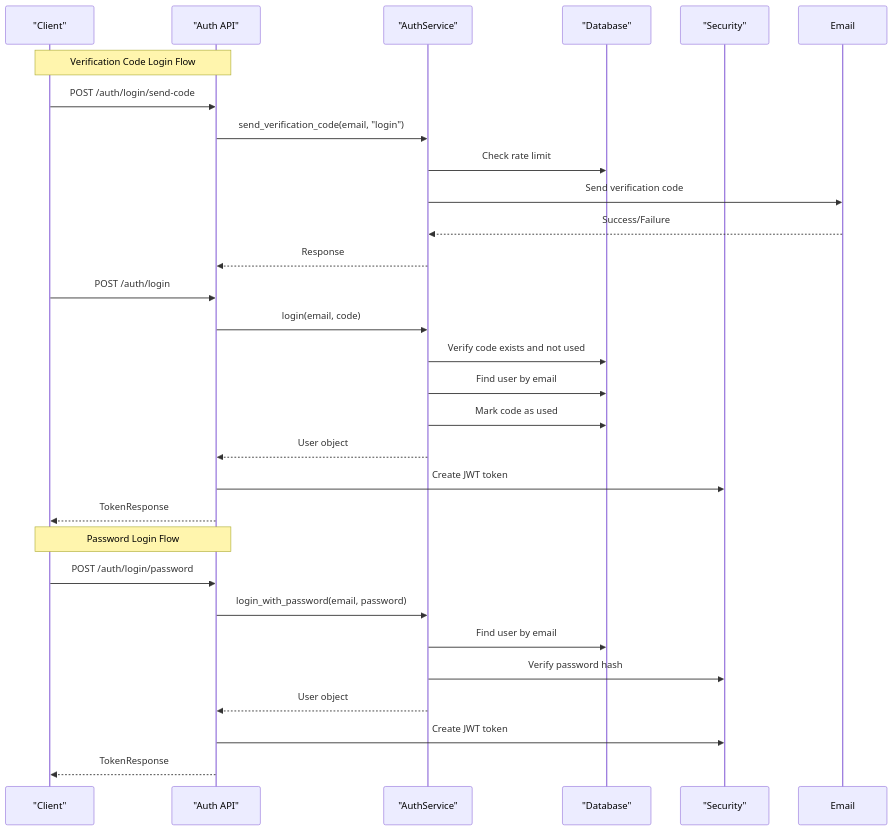
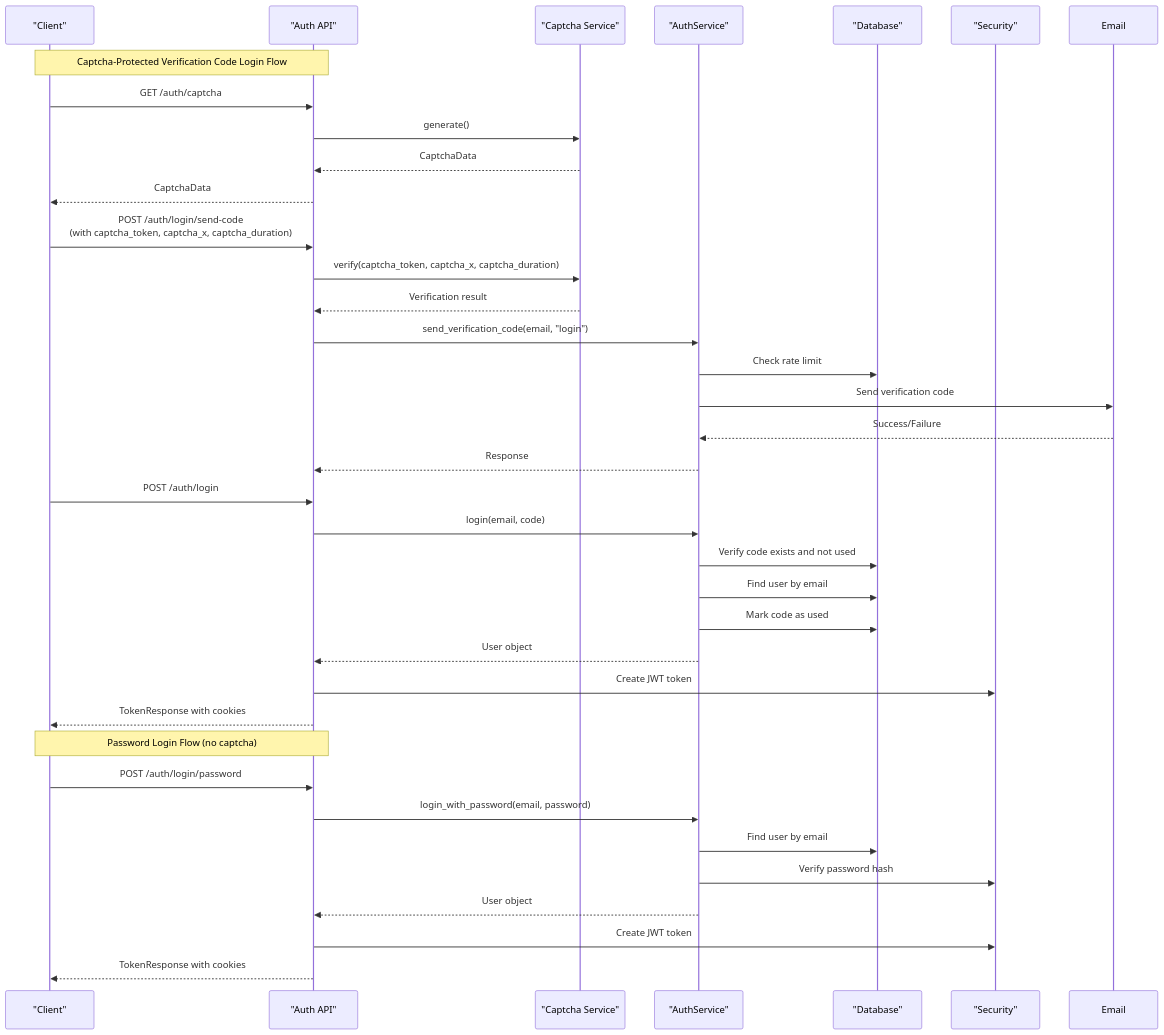
One commit to rainRise/aidiary changed the fourth of 7 diagrams in .qoder/repowiki/en/content/Backend System/Service Layer Implementation/Authentication Service.md. Above: the diagram before and after it, drawn with Mermaid. The commit also changed other lines of this file and 16 other files, not shown here.

````diff
--- a/.qoder/repowiki/en/content/Backend System/Service Layer Implementation/Authentication Service.md
+++ b/.qoder/repowiki/en/content/Backend System/Service Layer Implementation/Authentication Service.md
@@ -208,31 +240,38 @@
 ```mermaid
 sequenceDiagram
 participant Client as "Client"
 participant API as "Auth API"
+participant Captcha as "Captcha Service"
 participant Service as "AuthService"
 participant DB as "Database"
 participant Security as "Security"
-Note over Client,API : Verification Code Login Flow
-Client->>API : POST /auth/login/send-code
+Note over Client,API : Captcha-Protected Verification Code Login Flow
+Client->>API : GET /auth/captcha
+API->>Captcha : generate()
+Captcha-->>API : CaptchaData
+API-->>Client : CaptchaData
+Client->>API : POST /auth/login/send-code<br/>(with captcha_token, captcha_x, captcha_duration)
+API->>Captcha : verify(captcha_token, captcha_x, captcha_duration)
+Captcha-->>API : Verification result
 API->>Service : send_verification_code(email, "login")
 Service->>DB : Check rate limit
 Service->>Email : Send verification code
 Email-->>Service : Success/Failure
 Service-->>API : Response
 Client->>API : POST /auth/login
 API->>Service : login(email, code)
 Service->>DB : Verify code exists and not used
 Service->>DB : Find user by email
 Service->>DB : Mark code as used
 Service-->>API : User object
 API->>Security : Create JWT token
-API-->>Client : TokenResponse
-Note over Client,API : Password Login Flow
+API-->>Client : TokenResponse with cookies
+Note over Client,API : Password Login Flow (no captcha)
 Client->>API : POST /auth/login/password
 API->>Service : login_with_password(email, password)
 Service->>DB : Find user by email
 Service->>Security : Verify password hash
 Service-->>API : User object
 API->>Security : Create JWT token
-API-->>Client : TokenResponse
+API-->>Client : TokenResponse with cookies
 ```
````
